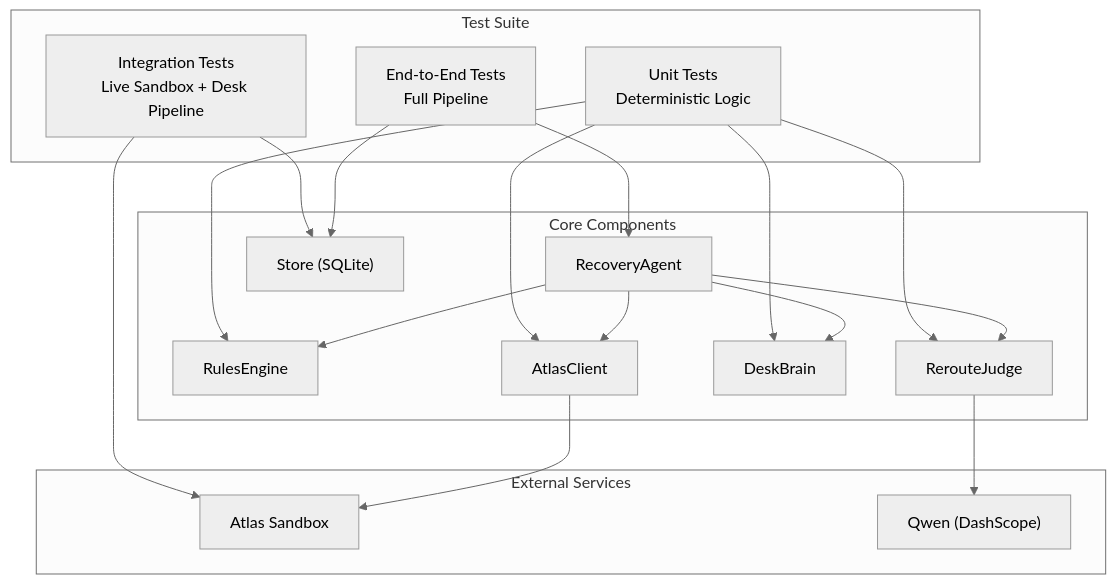
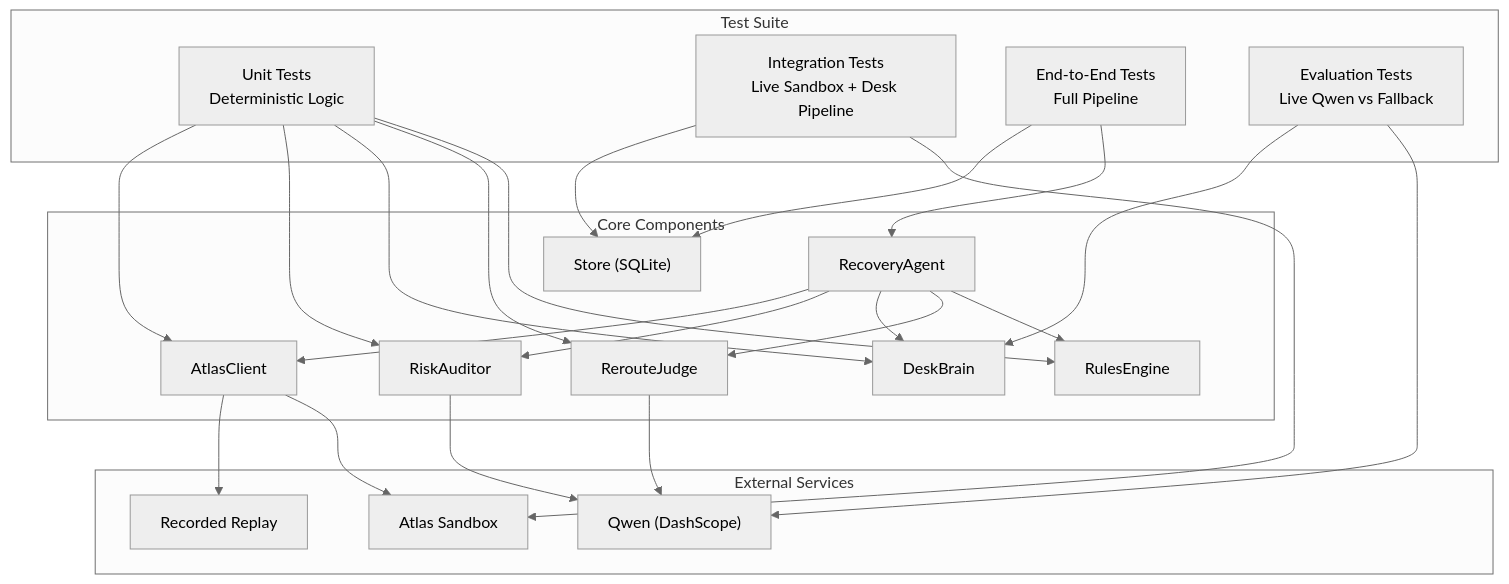
One commit to jaydonnnk/waypoint changed the first of 3 diagrams in .qoder/repowiki/en/content/Testing Strategy.md. Above: the diagram before and after it, drawn with Mermaid (neutral theme). The commit also changed other lines of this file and 36 other files, not shown here.

````diff
--- a/.qoder/repowiki/en/content/Testing Strategy.md
+++ b/.qoder/repowiki/en/content/Testing Strategy.md
@@ -71,34 +88,43 @@
 ```mermaid
 graph TB
 subgraph "Test Suite"
 Unit["Unit Tests<br/>Deterministic Logic"]
 Integration["Integration Tests<br/>Live Sandbox + Desk Pipeline"]
 E2E["End-to-End Tests<br/>Full Pipeline"]
+Eval["Evaluation Tests<br/>Live Qwen vs Fallback"]
 end
 subgraph "Core Components"
 Rules["RulesEngine"]
 Judge["RerouteJudge"]
 DeskBrain["DeskBrain"]
+Auditor["RiskAuditor"]
 Atlas["AtlasClient"]
 Agent["RecoveryAgent"]
 Store["Store (SQLite)"]
 end
 subgraph "External Services"
 AtlasSandbox["Atlas Sandbox"]
 Qwen["Qwen (DashScope)"]
+Recorded["Recorded Replay"]
 end
 Unit --> Rules
 Unit --> Judge
 Unit --> DeskBrain
+Unit --> Auditor
 Unit --> Atlas
 Integration --> AtlasSandbox
 Integration --> Store
 E2E --> Agent
 E2E --> Store
+Eval --> Qwen
+Eval --> DeskBrain
 Agent --> Rules
 Agent --> Judge
 Agent --> DeskBrain
+Agent --> Auditor
 Agent --> Atlas
 Judge --> Qwen
+Auditor --> Qwen
 Atlas --> AtlasSandbox
+Atlas --> Recorded
 ```
````
